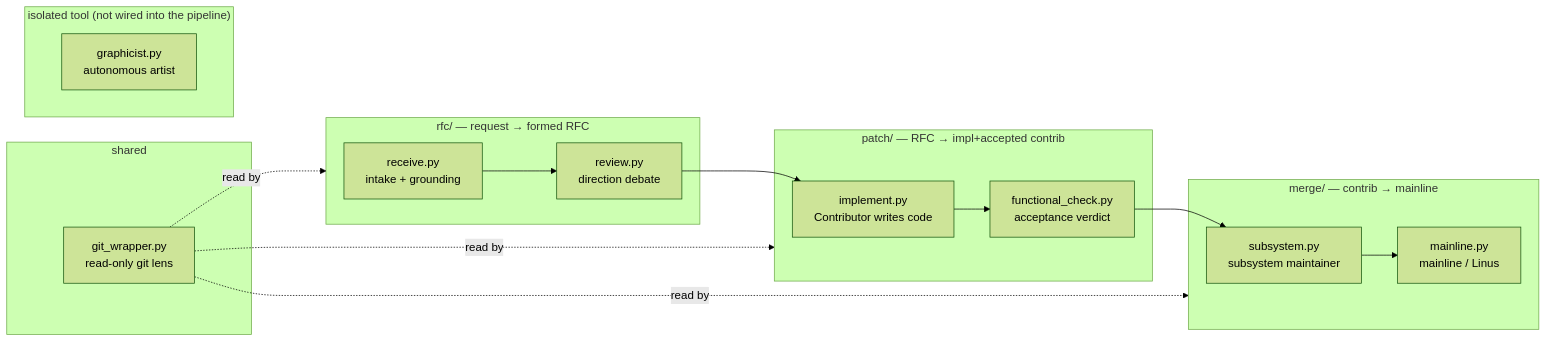
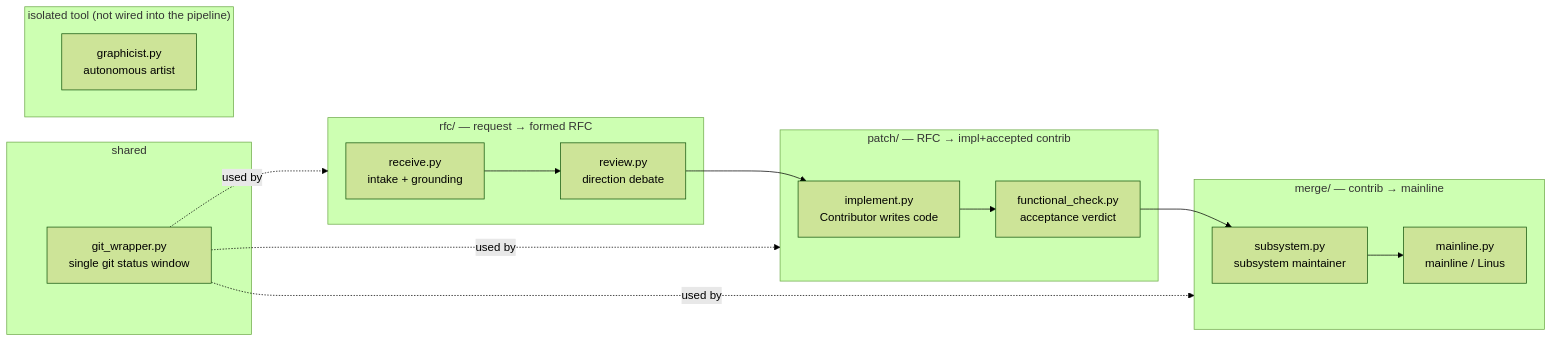
The diagram in docs/module-map.md (mishima-computing/ai-org-bootstrap-codex), drawn with Mermaid (forest theme) before and after one commit. The commit also changed other lines of this file and 5 other files, not shown here.

First line of the commit message:
rfc/decompose+git_wrapper: delegate structural state to git, route all git access through the wrapper

````diff
--- a/docs/module-map.md
+++ b/docs/module-map.md
@@ -6,24 +6,24 @@
 ```mermaid
 flowchart LR
   subgraph shared["shared"]
-    GW["git_wrapper.py<br/>read-only git lens"]
+    GW["git_wrapper.py<br/>single git status window"]
   end
   subgraph rfc["rfc/ — request → formed RFC"]
     RREC["receive.py<br/>intake + grounding"]
     RREV["review.py<br/>direction debate"]
   end
   subgraph patch["patch/ — RFC → impl+accepted contrib"]
     PIMP["implement.py<br/>Contributor writes code"]
     PACC["functional_check.py<br/>acceptance verdict"]
   end
   subgraph merge["merge/ — contrib → mainline"]
     MSUB["subsystem.py<br/>subsystem maintainer"]
     MMAIN["mainline.py<br/>mainline / Linus"]
   end
   subgraph tool["isolated tool (not wired into the pipeline)"]
     GRAPH["graphicist.py<br/>autonomous artist"]
   end
 
   RREC --> RREV --> PIMP --> PACC --> MSUB --> MMAIN
-  GW -.read by.-> rfc & patch & merge
+  GW -.used by.-> rfc & patch & merge
 ```
````
